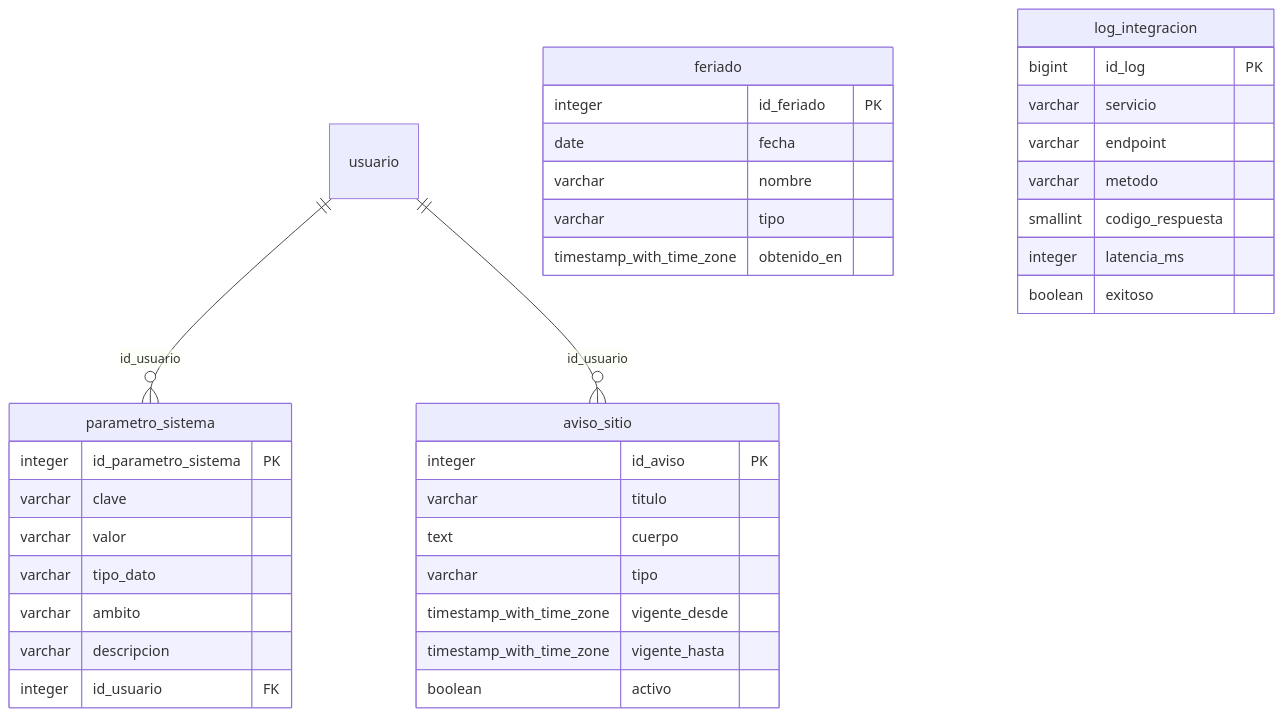
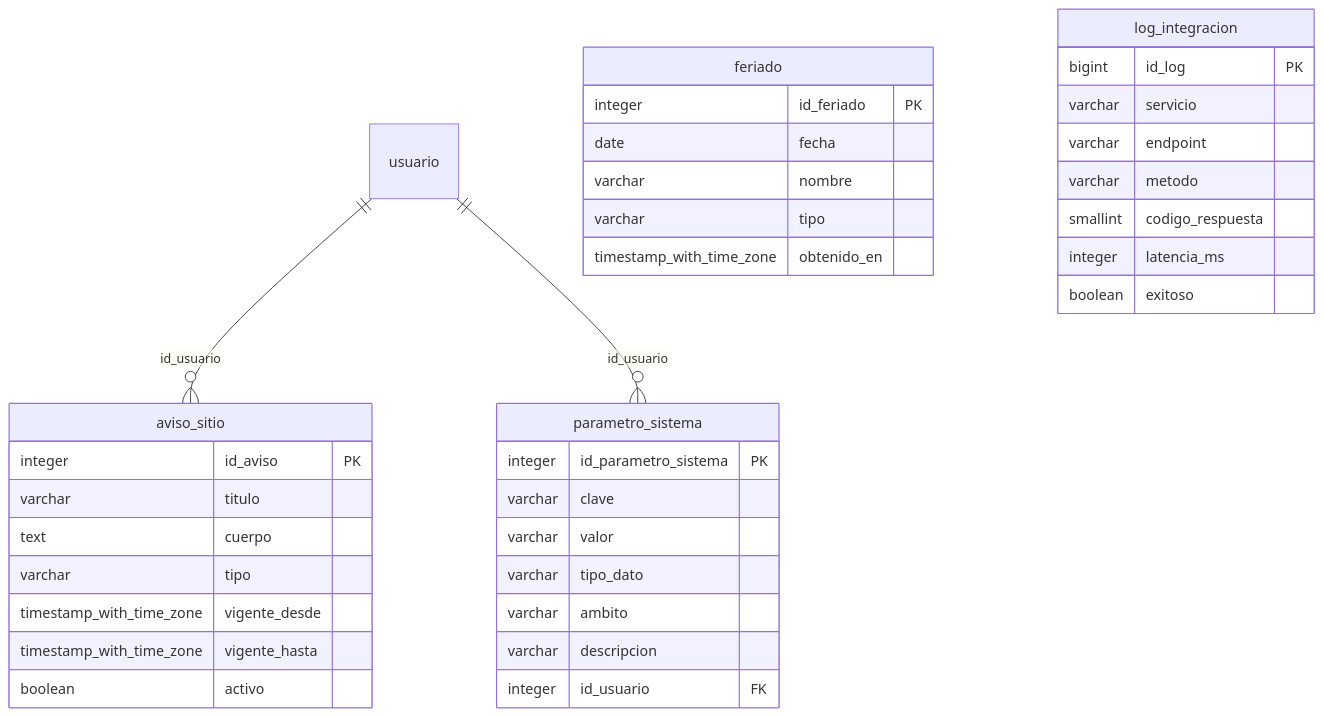
Before and after one commit to benjamindelgado-dev/SITRAFO: the ninth of 9 diagrams in Fase 2/Evidencias Proyecto/Evidencias de Sistema/Base de Datos/README.md, drawn with Mermaid. The commit also changed other lines of this file and 5 other files, not shown here.

````diff
--- a/Fase 2/Evidencias Proyecto/Evidencias de Sistema/Base de Datos/README.md
+++ b/Fase 2/Evidencias Proyecto/Evidencias de Sistema/Base de Datos/README.md
@@ -594,39 +597,39 @@
 ```mermaid
 erDiagram
+    usuario ||--o{ aviso_sitio : "id_usuario"
     usuario ||--o{ parametro_sistema : "id_usuario"
-    usuario ||--o{ aviso_sitio : "id_usuario"
-    parametro_sistema {
-        integer id_parametro_sistema PK
-        varchar clave
-        varchar valor
-        varchar tipo_dato
-        varchar ambito
-        varchar descripcion
-        integer id_usuario FK
-    }
     aviso_sitio {
         integer id_aviso PK
         varchar titulo
         text cuerpo
         varchar tipo
         timestamp_with_time_zone vigente_desde
         timestamp_with_time_zone vigente_hasta
         boolean activo
     }
     feriado {
         integer id_feriado PK
         date fecha
         varchar nombre
         varchar tipo
         timestamp_with_time_zone obtenido_en
     }
     log_integracion {
         bigint id_log PK
         varchar servicio
         varchar endpoint
         varchar metodo
         smallint codigo_respuesta
         integer latencia_ms
         boolean exitoso
     }
+    parametro_sistema {
+        integer id_parametro_sistema PK
+        varchar clave
+        varchar valor
+        varchar tipo_dato
+        varchar ambito
+        varchar descripcion
+        integer id_usuario FK
+    }
 ```
````
